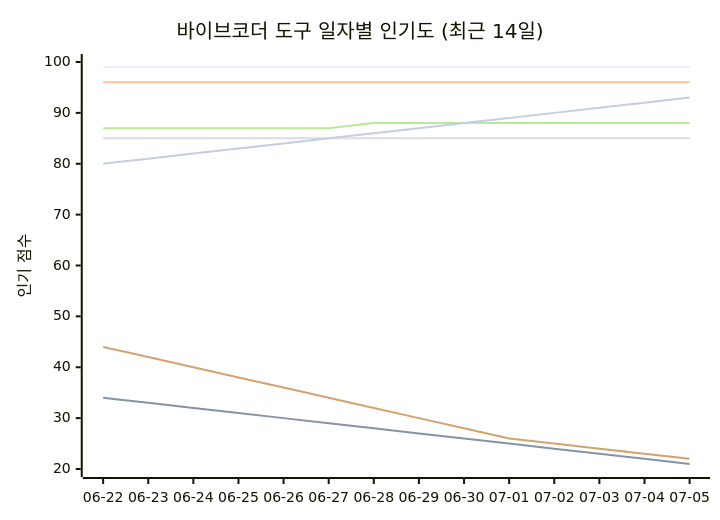
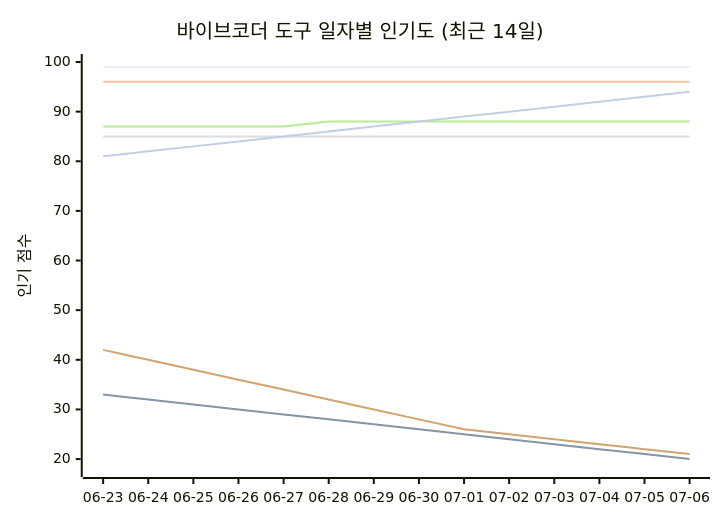
Before and after one commit to tykimos/ai-whatchelin: the seventh of 11 diagrams in README_ko.md, drawn with Mermaid. The commit also changed other lines of this file and 4 other files, not shown here.

````diff
--- a/README_ko.md
+++ b/README_ko.md
@@ -1820,13 +1827,13 @@
 ```mermaid
 xychart-beta
     title "바이브코더 도구 일자별 인기도 (최근 14일)"
-    x-axis ["06-22", "06-23", "06-24", "06-25", "06-26", "06-27", "06-28", "06-29", "06-30", "07-01", "07-02", "07-03", "07-04", "07-05"]
-    y-axis "인기 점수" 20 --> 100
+    x-axis ["06-23", "06-24", "06-25", "06-26", "06-27", "06-28", "06-29", "06-30", "07-01", "07-02", "07-03", "07-04", "07-05", "07-06"]
+    y-axis "인기 점수" 18 --> 100
     line "Claude Code" [99, 99, 99, 99, 99, 99, 99, 99, 99, 99, 99, 99, 99, 99]
-    line "GH Copilot" [34, 33, 32, 31, 30, 29, 28, 27, 26, 25, 24, 23, 22, 21]
+    line "GH Copilot" [33, 32, 31, 30, 29, 28, 27, 26, 25, 24, 23, 22, 21, 20]
     line "Cursor" [96, 96, 96, 96, 96, 96, 96, 96, 96, 96, 96, 96, 96, 96]
     line "Windsurf" [85, 85, 85, 85, 85, 85, 85, 85, 85, 85, 85, 85, 85, 85]
-    line "Codex CLI" [87, 87, 87, 87, 87, 87, 88, 88, 88, 88, 88, 88, 88, 88]
-    line "Gemini CLI" [44, 42, 40, 38, 36, 34, 32, 30, 28, 26, 25, 24, 23, 22]
-    line "Antigravity" [80, 81, 82, 83, 84, 85, 86, 87, 88, 89, 90, 91, 92, 93]
+    line "Codex CLI" [87, 87, 87, 87, 87, 88, 88, 88, 88, 88, 88, 88, 88, 88]
+    line "Gemini CLI" [42, 40, 38, 36, 34, 32, 30, 28, 26, 25, 24, 23, 22, 21]
+    line "Antigravity" [81, 82, 83, 84, 85, 86, 87, 88, 89, 90, 91, 92, 93, 94]
 ```
````
